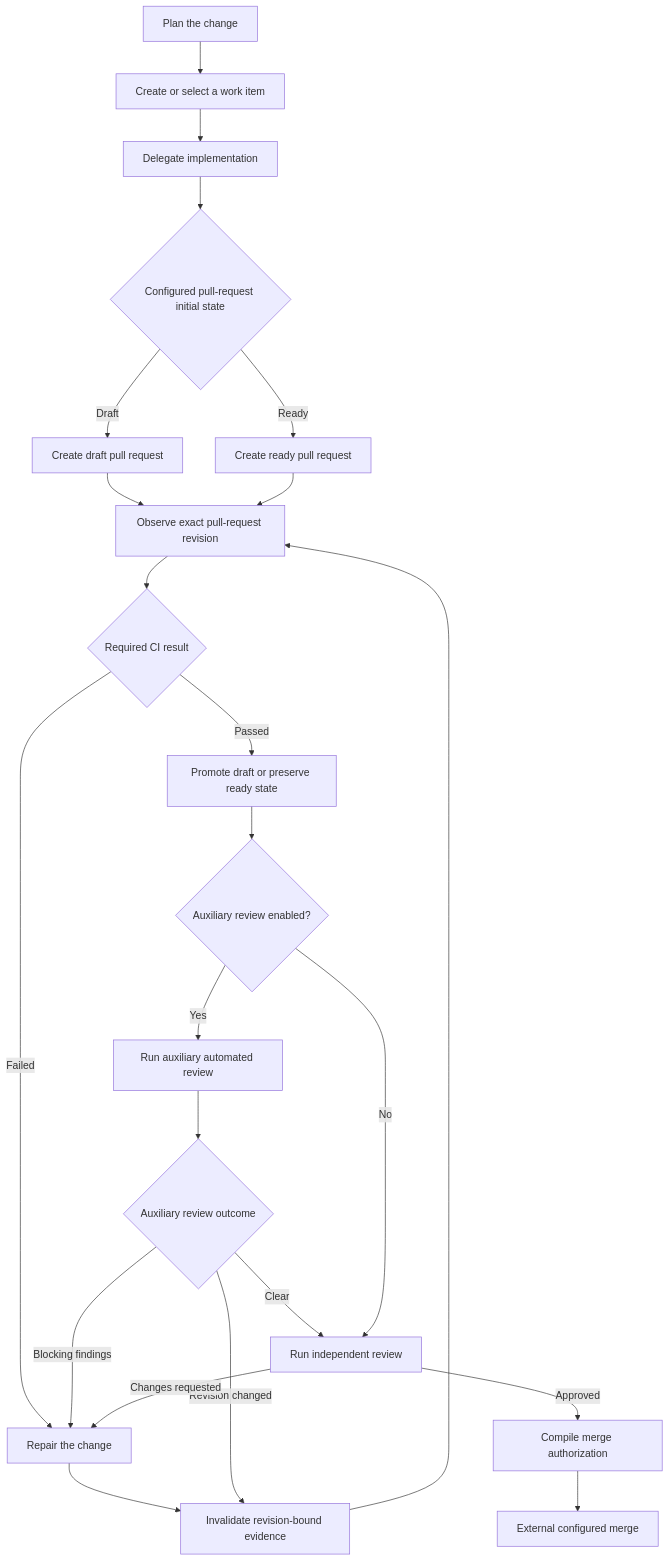
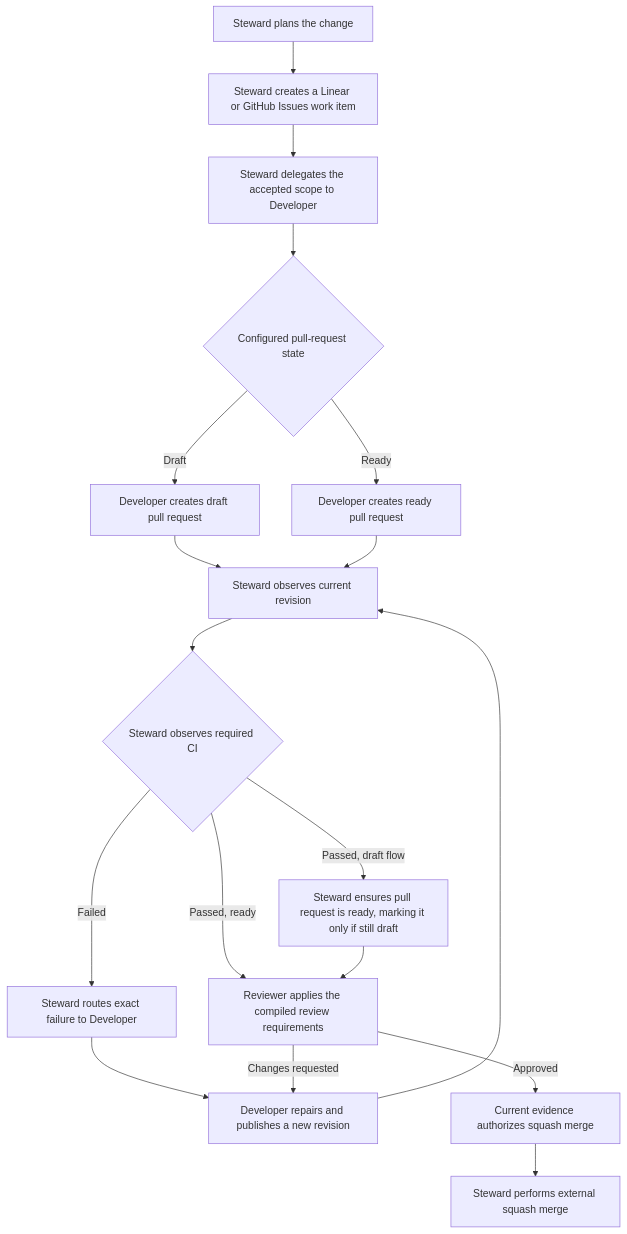
Before and after one commit to lorekkusu/agentdevflow: the diagram in docs/development/issue-to-reviewed-pull-request.md, drawn with Mermaid. The commit also changed other lines of this file and 208 other files, not shown here.

````diff
--- a/docs/development/issue-to-reviewed-pull-request.md
+++ b/docs/development/issue-to-reviewed-pull-request.md
@@ -21,25 +31,20 @@
 ```mermaid
 flowchart TD
-    Plan["Plan the change"] --> WorkItem["Create or select a work item"]
-    WorkItem --> Delegate["Delegate implementation"]
-    Delegate --> InitialState{"Configured pull-request initial state"}
-    InitialState -->|Draft| DraftPr["Create draft pull request"]
-    InitialState -->|Ready| ReadyPr["Create ready pull request"]
-    DraftPr --> Observe["Observe exact pull-request revision"]
-    ReadyPr --> Observe
-    Observe --> Ci{"Required CI result"}
-    Ci -->|Failed| Repair["Repair the change"]
-    Repair --> Invalidate["Invalidate revision-bound evidence"]
-    Invalidate --> Observe
-    Ci -->|Passed| EnsureReady["Promote draft or preserve ready state"]
-    EnsureReady --> Auxiliary{"Auxiliary review enabled?"}
-    Auxiliary -->|Yes| RunAuxiliary["Run auxiliary automated review"]
-    RunAuxiliary --> AuxOutcome{"Auxiliary review outcome"}
-    AuxOutcome -->|Revision changed| Invalidate
-    AuxOutcome -->|Blocking findings| Repair
-    AuxOutcome -->|Clear| Independent["Run independent review"]
-    Auxiliary -->|No| Independent
-    Independent -->|Changes requested| Repair
-    Independent -->|Approved| Authorize["Compile merge authorization"]
-    Authorize --> Merge["External configured merge"]
+    Plan["Steward plans the change"] --> Issue["Steward creates a Linear or GitHub Issues work item"]
+    Issue --> Delegate["Steward delegates the accepted scope to Developer"]
+    Delegate --> Initial{"Configured pull-request state"}
+    Initial -->|Draft| Draft["Developer creates draft pull request"]
+    Initial -->|Ready| Ready["Developer creates ready pull request"]
+    Draft --> Observe["Steward observes current revision"]
+    Ready --> Observe
+    Observe --> CI{"Steward observes required CI"}
+    CI -->|Failed| Route["Steward routes exact failure to Developer"]
+    Route --> Repair["Developer repairs and publishes a new revision"]
+    Repair --> Observe
+    CI -->|Passed, draft flow| EnsureReady["Steward ensures pull request is ready, marking it only if still draft"]
+    CI -->|Passed, ready| Review["Reviewer applies the compiled review requirements"]
+    EnsureReady --> Review
+    Review -->|Changes requested| Repair
+    Review -->|Approved| Authorize["Current evidence authorizes squash merge"]
+    Authorize --> Merge["Steward performs external squash merge"]
 ```
````
